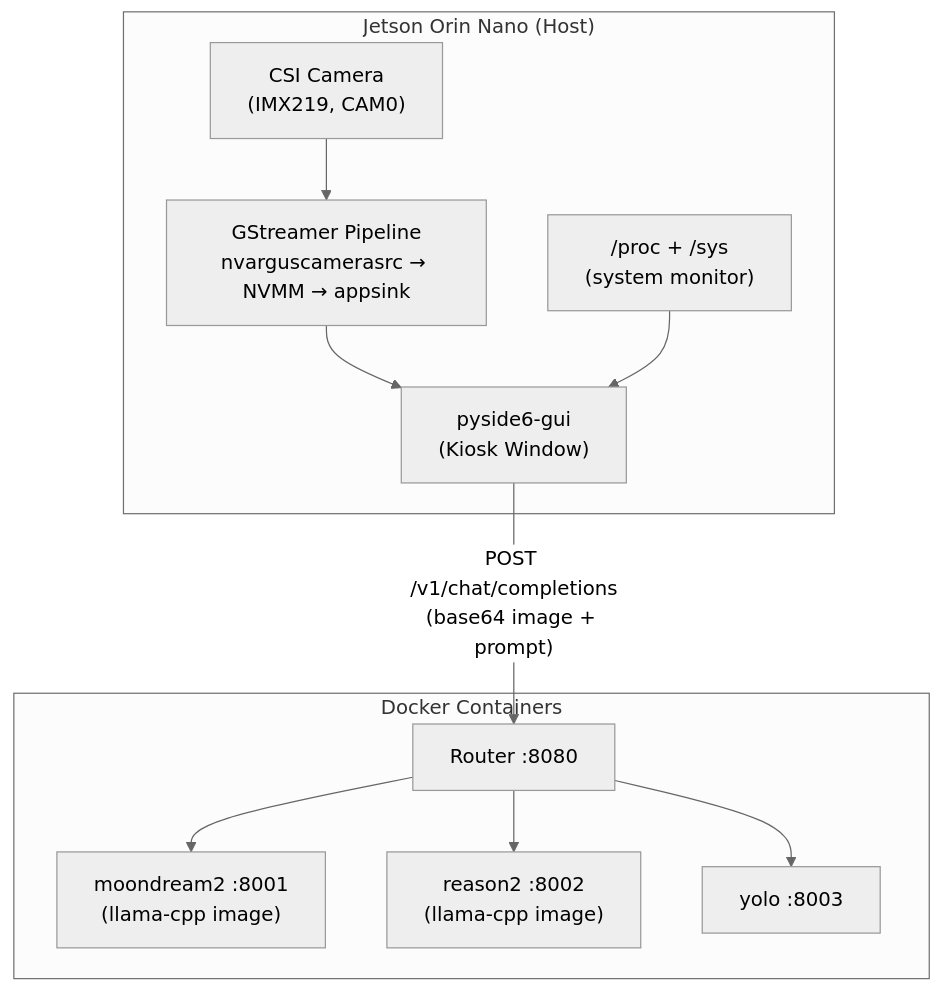
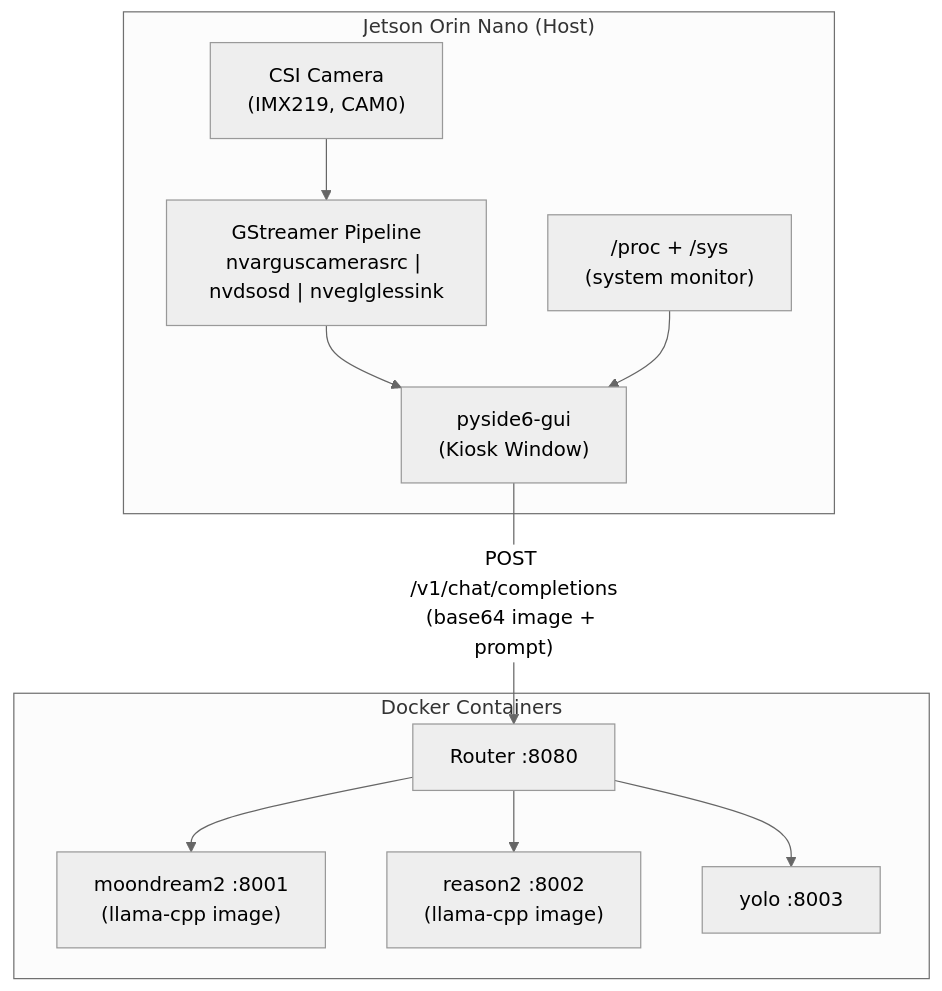
Before and after one commit to ccbruce0812/nikko-vlm-webui: the first of 4 diagrams in pyside6-gui.md, drawn with Mermaid (neutral theme). The commit also changed other lines of this file and 1 other file, not shown here.

````diff
--- a/pyside6-gui.md
+++ b/pyside6-gui.md
@@ -16,23 +16,23 @@
 ```mermaid
 flowchart TB
     subgraph Jetson["Jetson Orin Nano (Host)"]
         CSI["CSI Camera<br/>(IMX219, CAM0)"]
-        GST["GStreamer Pipeline<br/>nvarguscamerasrc → NVMM → appsink"]
+        GST["GStreamer Pipeline<br/>nvarguscamerasrc | nvdsosd | nveglglessink"]
         GUI["pyside6-gui<br/>(Kiosk Window)"]
         JTOP["/proc + /sys<br/>(system monitor)"]
     end
 
     subgraph Docker["Docker Containers"]
         RTR["Router :8080"]
         MD["moondream2 :8001<br/>(llama-cpp image)"]
         R2["reason2 :8002<br/>(llama-cpp image)"]
         YL["yolo :8003"]
     end
 
     CSI --> GST --> GUI
     JTOP --> GUI
     GUI -->|"POST /v1/chat/completions<br/>(base64 image + prompt)"| RTR
     RTR --> MD
     RTR --> R2
     RTR --> YL
 ```
````
